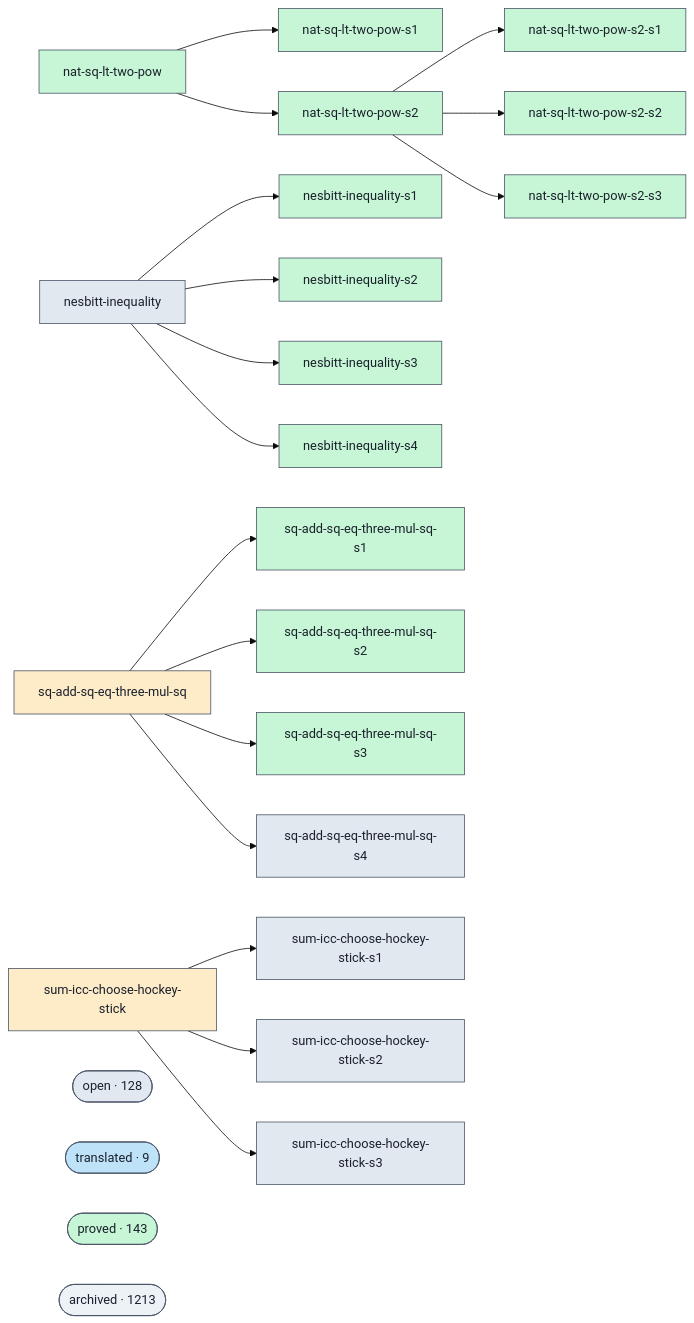
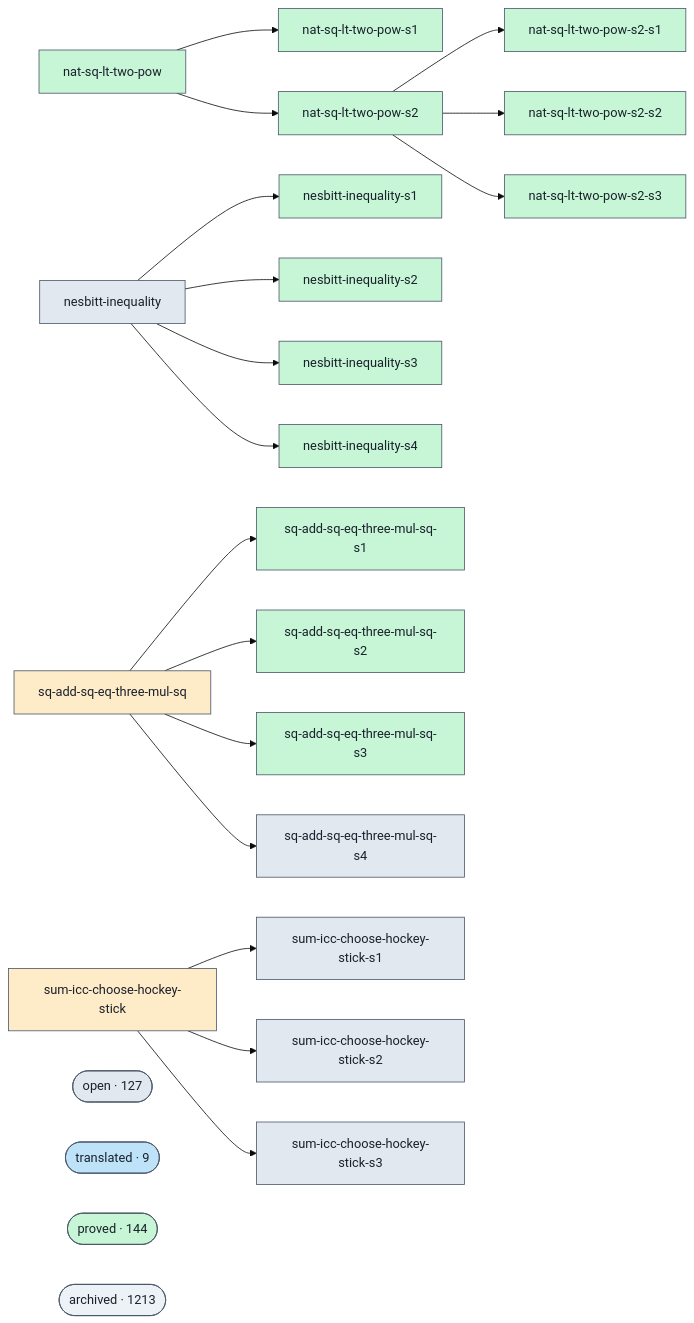
Before and after one commit to ohdearquant/unsorry: the diagram in docs/proofs-contributors-visualisation.md, drawn with Mermaid (base theme). The commit also changed other lines of this file and 2 other files, not shown here.

```diff
--- a/docs/proofs-contributors-visualisation.md
+++ b/docs/proofs-contributors-visualisation.md
@@ -98,11 +98,11 @@
   g_sum_icc_choose_hockey_stick --> g_sum_icc_choose_hockey_stick_s1
   g_sum_icc_choose_hockey_stick --> g_sum_icc_choose_hockey_stick_s2
   g_sum_icc_choose_hockey_stick --> g_sum_icc_choose_hockey_stick_s3
-  cluster_open(["open · 128"])
+  cluster_open(["open · 127"])
   class cluster_open open;
   cluster_translated(["translated · 9"])
   class cluster_translated translated;
-  cluster_proved(["proved · 143"])
+  cluster_proved(["proved · 144"])
   class cluster_proved proved;
   cluster_archived(["archived · 1213"])
   class cluster_archived unknown;
```
